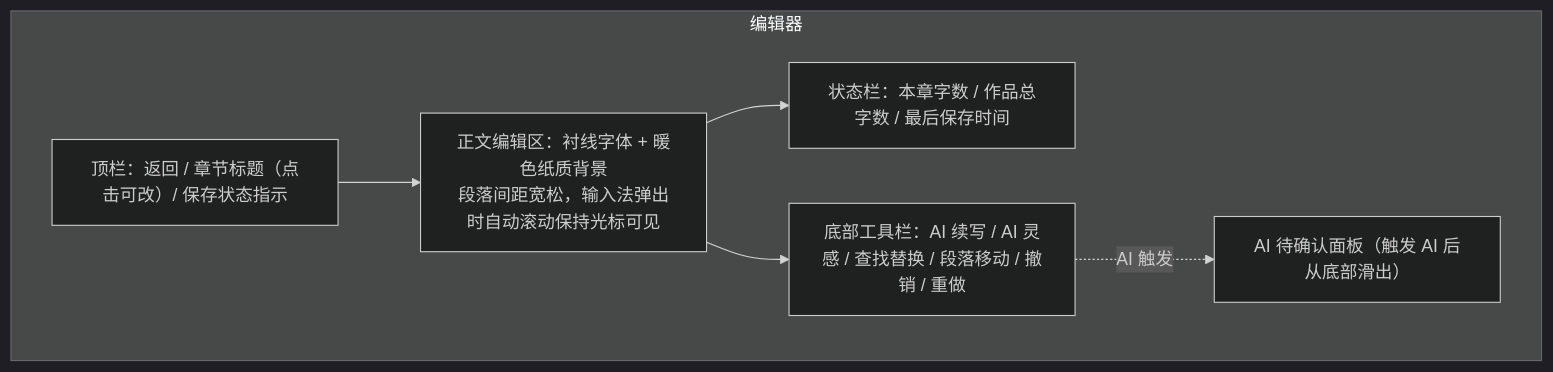
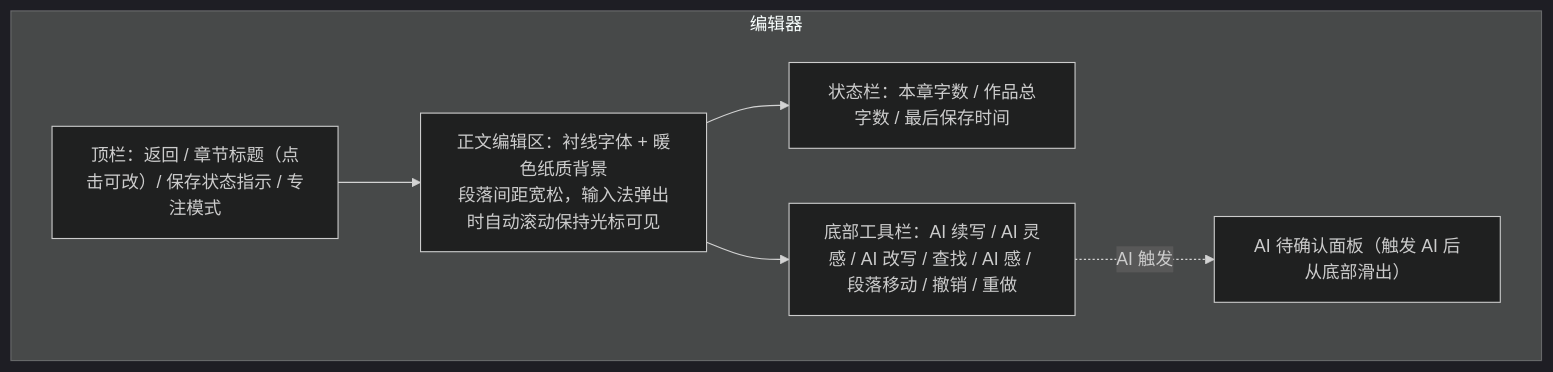
The third of 4 diagrams in docs/PRD.md (wly2lcl/NovelPhone), drawn with Mermaid (dark theme) before and after one commit. The commit also changed other lines of this file and 17 other files, not shown here.

````diff
--- a/docs/PRD.md
+++ b/docs/PRD.md
@@ -189,14 +189,14 @@
 ```mermaid
 graph TD
     subgraph "编辑器"
-        A["顶栏：返回 / 章节标题（点击可改）/ 保存状态指示"]
+        A["顶栏：返回 / 章节标题（点击可改）/ 保存状态指示 / 专注模式"]
         B["正文编辑区：衬线字体 + 暖色纸质背景<br/>段落间距宽松，输入法弹出时自动滚动保持光标可见"]
-        C["底部工具栏：AI 续写 / AI 灵感 / 查找替换 / 段落移动 / 撤销 / 重做"]
+        C["底部工具栏：AI 续写 / AI 灵感 / AI 改写 / 查找 / AI 感 / 段落移动 / 撤销 / 重做"]
         D["状态栏：本章字数 / 作品总字数 / 最后保存时间"]
         E["AI 待确认面板（触发 AI 后从底部滑出）"]
         A --> B
         B --> D
         B --> C
         C -.AI 触发.-> E
     end
 ```
````
